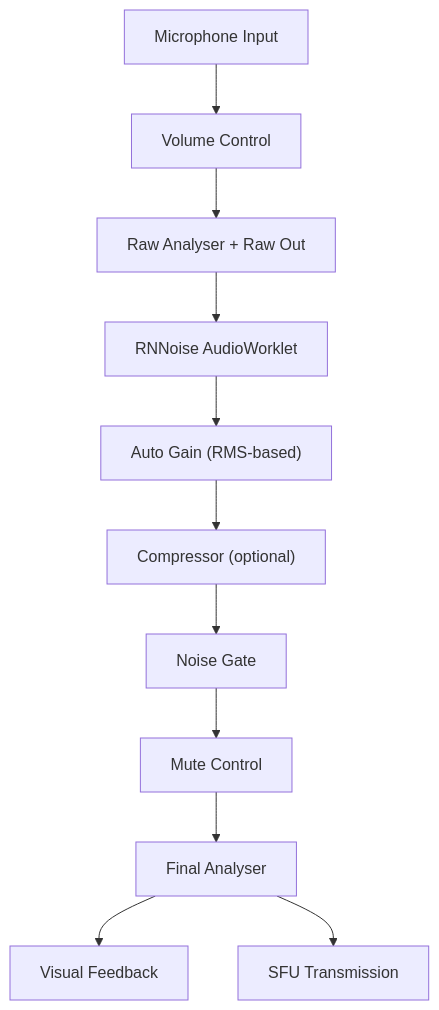
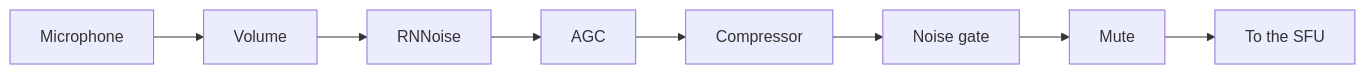
The diagram in content/docs/client/audio-processing.mdx (Gryt-chat/docs), drawn with Mermaid before and after one commit. The commit also changed other lines of this file and 3 other files, not shown here.

````diff
--- a/content/docs/client/audio-processing.mdx
+++ b/content/docs/client/audio-processing.mdx
@@ -34,13 +13,10 @@
 ```mermaid
-graph TD
-  Mic["Microphone Input"] --> Vol["Volume Control"]
-  Vol --> Raw["Raw Analyser + Raw Out"]
-  Raw --> RNN["RNNoise AudioWorklet"]
-  RNN --> AGC["Auto Gain (RMS-based)"]
-  AGC --> Comp["Compressor (optional)"]
-  Comp --> Gate["Noise Gate"]
-  Gate --> Mute["Mute Control"]
-  Mute --> Final["Final Analyser"]
-  Final --> Vis["Visual Feedback"]
-  Final --> SFU["SFU Transmission"]
+graph LR
+  Mic["Microphone"] --> Vol["Volume"]
+  Vol --> RNN["RNNoise"]
+  RNN --> AGC["AGC"]
+  AGC --> Comp["Compressor"]
+  Comp --> Gate["Noise gate"]
+  Gate --> Mute["Mute"]
+  Mute --> Out["To the SFU"]
 ```
````
